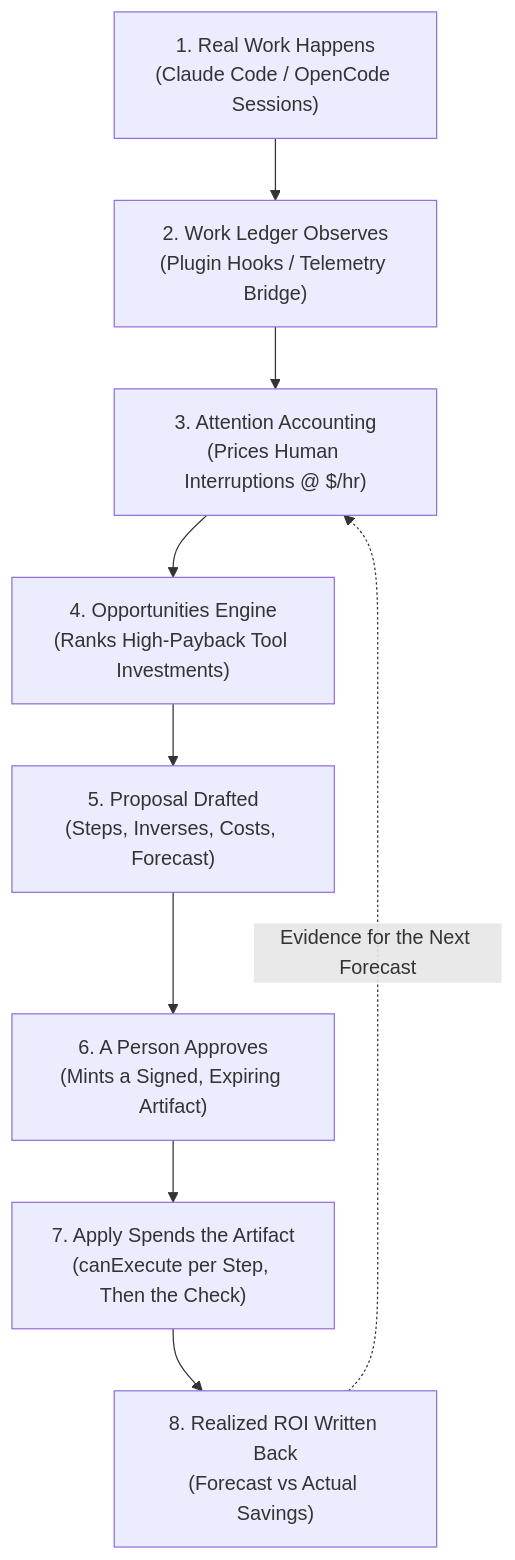
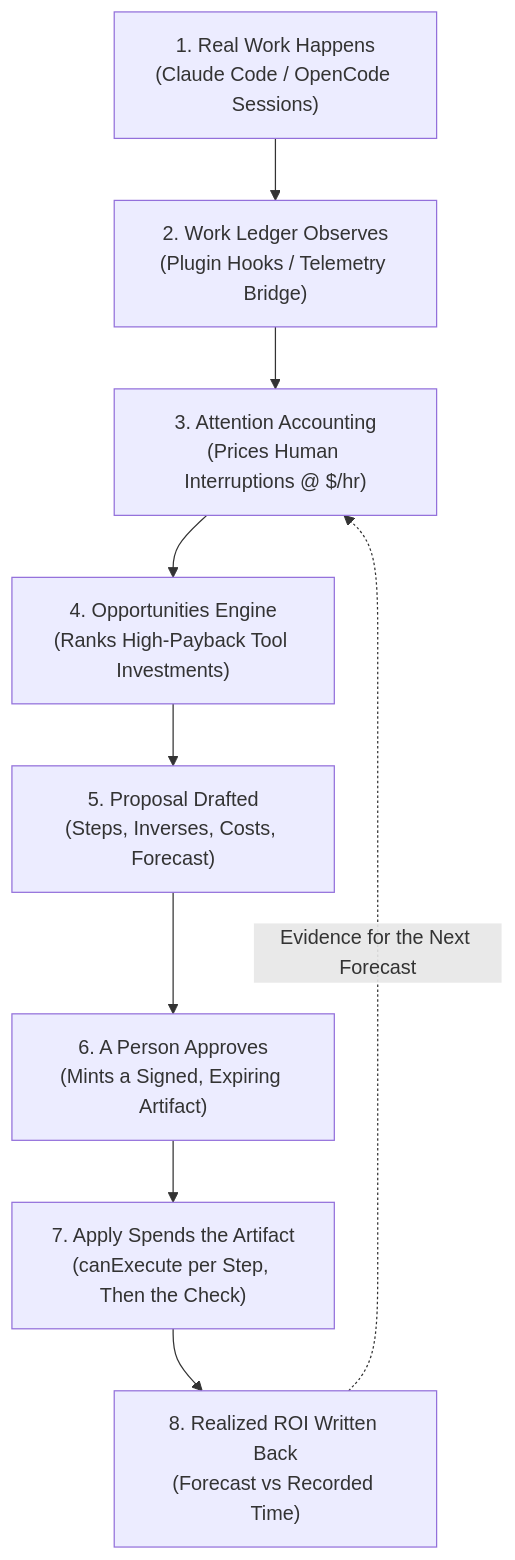
Before and after one commit to zz-plant/ambit: the diagram in docs/deep-dive.md, drawn with Mermaid. The commit also changed other lines of this file and 13 other files, not shown here.

````diff
--- a/docs/deep-dive.md
+++ b/docs/deep-dive.md
@@ -321,11 +321,11 @@
 ```mermaid
 flowchart TD
     WORK["1. Real Work Happens\n(Claude Code / OpenCode Sessions)"] --> TELEM["2. Work Ledger Observes\n(Plugin Hooks / Telemetry Bridge)"]
     TELEM --> ATTN["3. Attention Accounting\n(Prices Human Interruptions @ $/hr)"]
     ATTN --> OPP["4. Opportunities Engine\n(Ranks High-Payback Tool Investments)"]
     OPP --> PROP["5. Proposal Drafted\n(Steps, Inverses, Costs, Forecast)"]
     PROP --> APP["6. A Person Approves\n(Mints a Signed, Expiring Artifact)"]
     APP --> APPLY["7. Apply Spends the Artifact\n(canExecute per Step, Then the Check)"]
-    APPLY --> ROI["8. Realized ROI Written Back\n(Forecast vs Actual Savings)"]
+    APPLY --> ROI["8. Realized ROI Written Back\n(Forecast vs Recorded Time)"]
     ROI -.->|"Evidence for the Next Forecast"| ATTN
 ```
````
